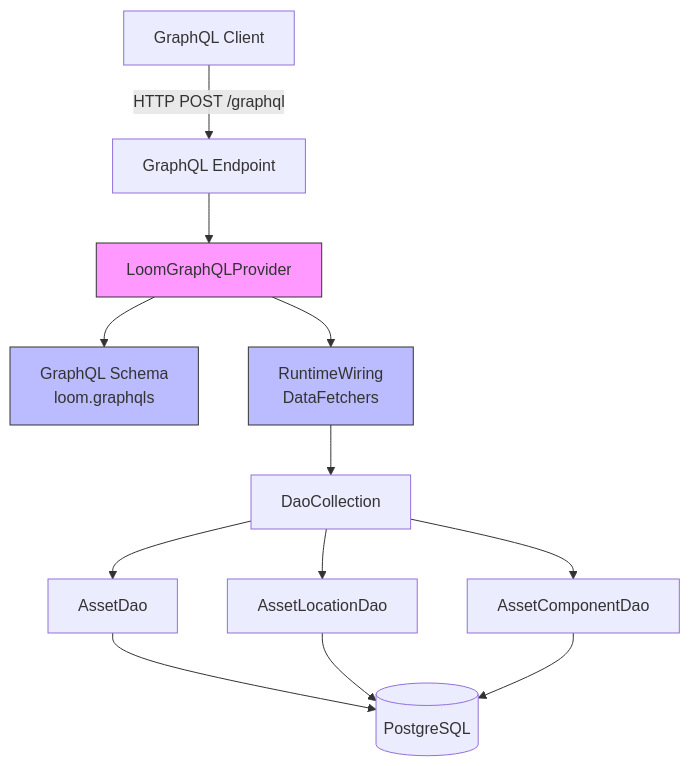
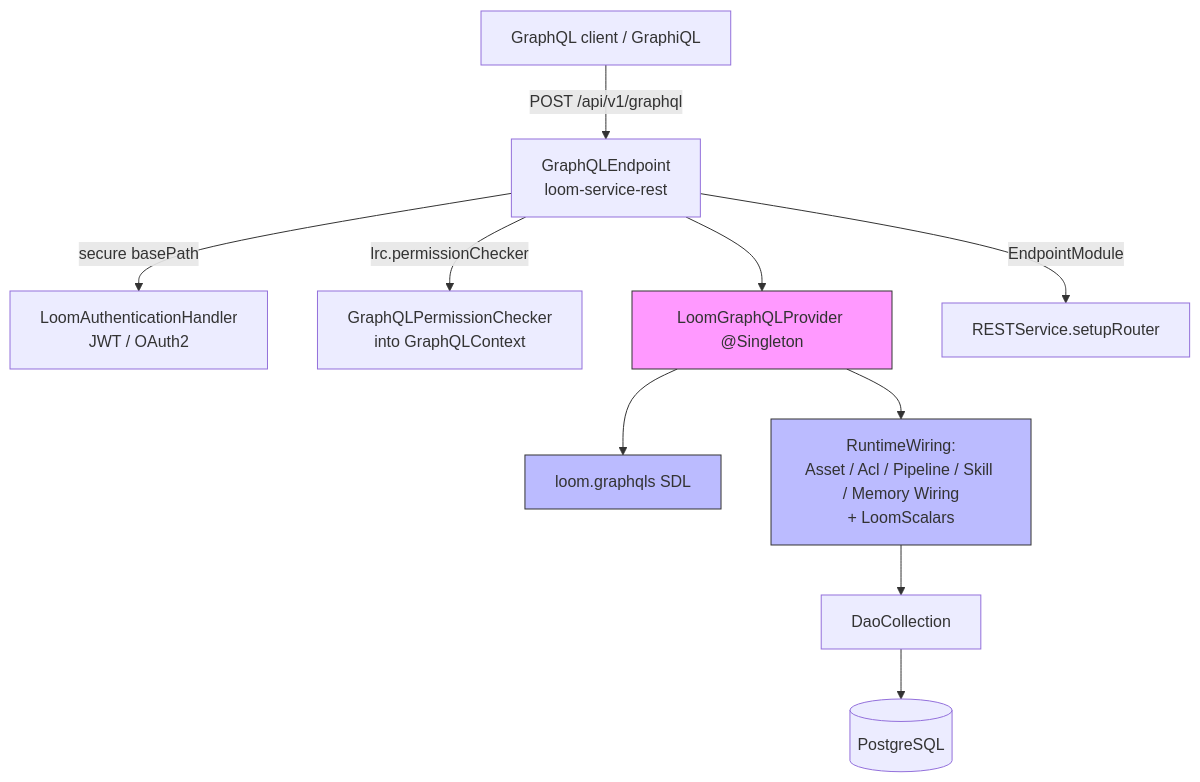
Before and after one commit to metaloom/metaloom: the diagram in spec/loom/GRAPHQL.md, drawn with Mermaid. The commit also changed other lines of this file and 45 other files, not shown here.

````diff
--- a/spec/loom/GRAPHQL.md
+++ b/spec/loom/GRAPHQL.md
@@ -48,18 +55,16 @@
 ```mermaid
 graph TD
-    Client[GraphQL Client] -->|HTTP POST /graphql| Endpoint[GraphQL Endpoint]
-    Endpoint --> Provider[LoomGraphQLProvider]
-    Provider --> Schema[GraphQL Schema<br/>loom.graphqls]
-    Provider --> Wiring[RuntimeWiring<br/>DataFetchers]
+    Client[GraphQL client / GraphiQL] -->|POST /api/v1/graphql| EP[GraphQLEndpoint<br/>loom-service-rest]
+    EP -->|secure basePath| Auth[LoomAuthenticationHandler<br/>JWT / OAuth2]
+    EP -->|lrc.permissionChecker| PC[GraphQLPermissionChecker<br/>into GraphQLContext]
+    EP --> Provider[LoomGraphQLProvider @Singleton]
+    Provider --> Schema[loom.graphqls SDL]
+    Provider --> Wiring[RuntimeWiring:<br/>Asset / Acl / Pipeline / Skill / Memory Wiring<br/>+ LoomScalars]
     Wiring --> Daos[DaoCollection]
-    Daos --> AssetDao[AssetDao]
-    Daos --> LocationDao[AssetLocationDao]
-    Daos --> ComponentDao[AssetComponentDao]
-    AssetDao --> DB[(PostgreSQL)]
-    LocationDao --> DB
-    ComponentDao --> DB
-    
+    Daos --> DB[(PostgreSQL)]
+    EP -->|EndpointModule| Router[RESTService.setupRouter]
+
     style Provider fill:#f9f,stroke:#333
     style Schema fill:#bbf,stroke:#333
     style Wiring fill:#bbf,stroke:#333
 ```
````
